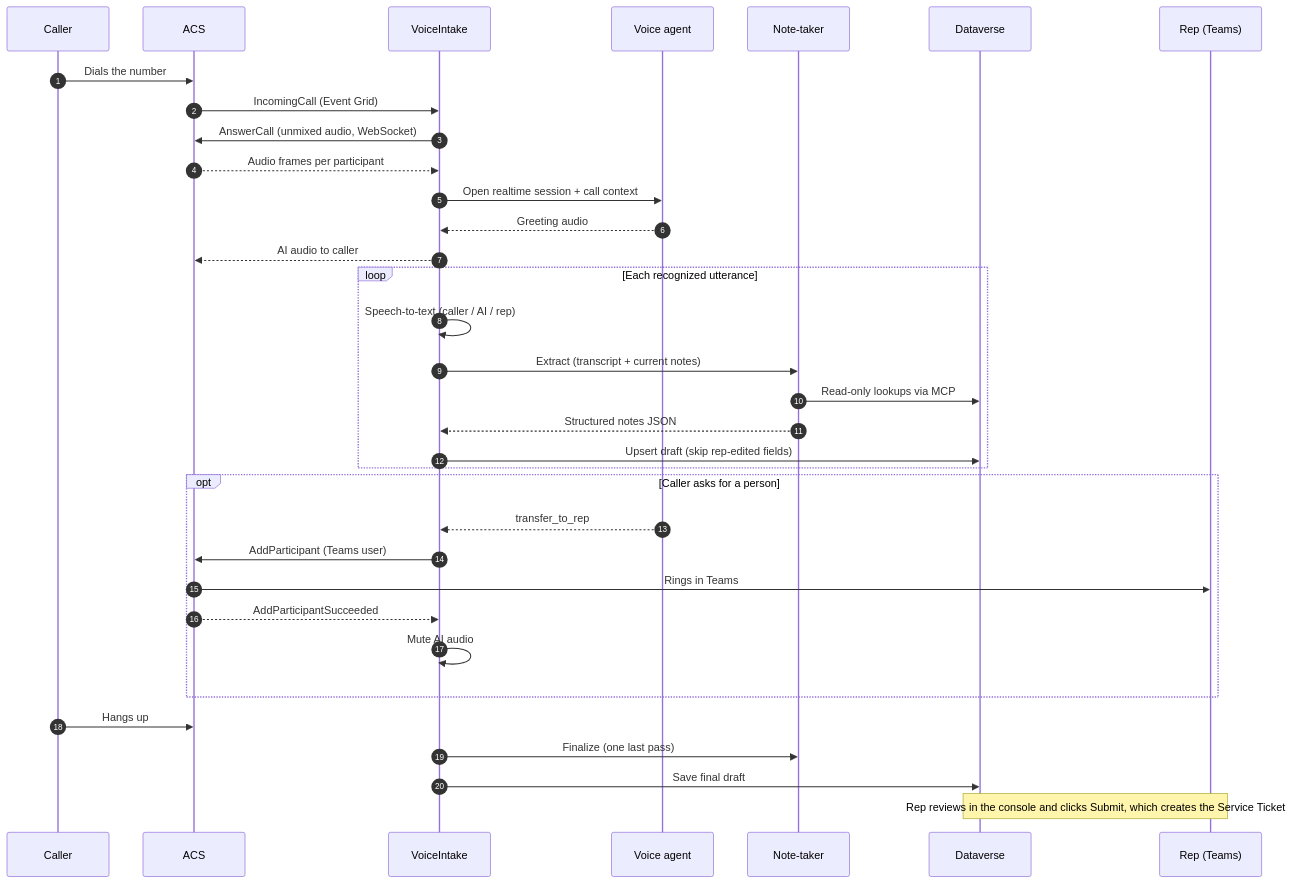
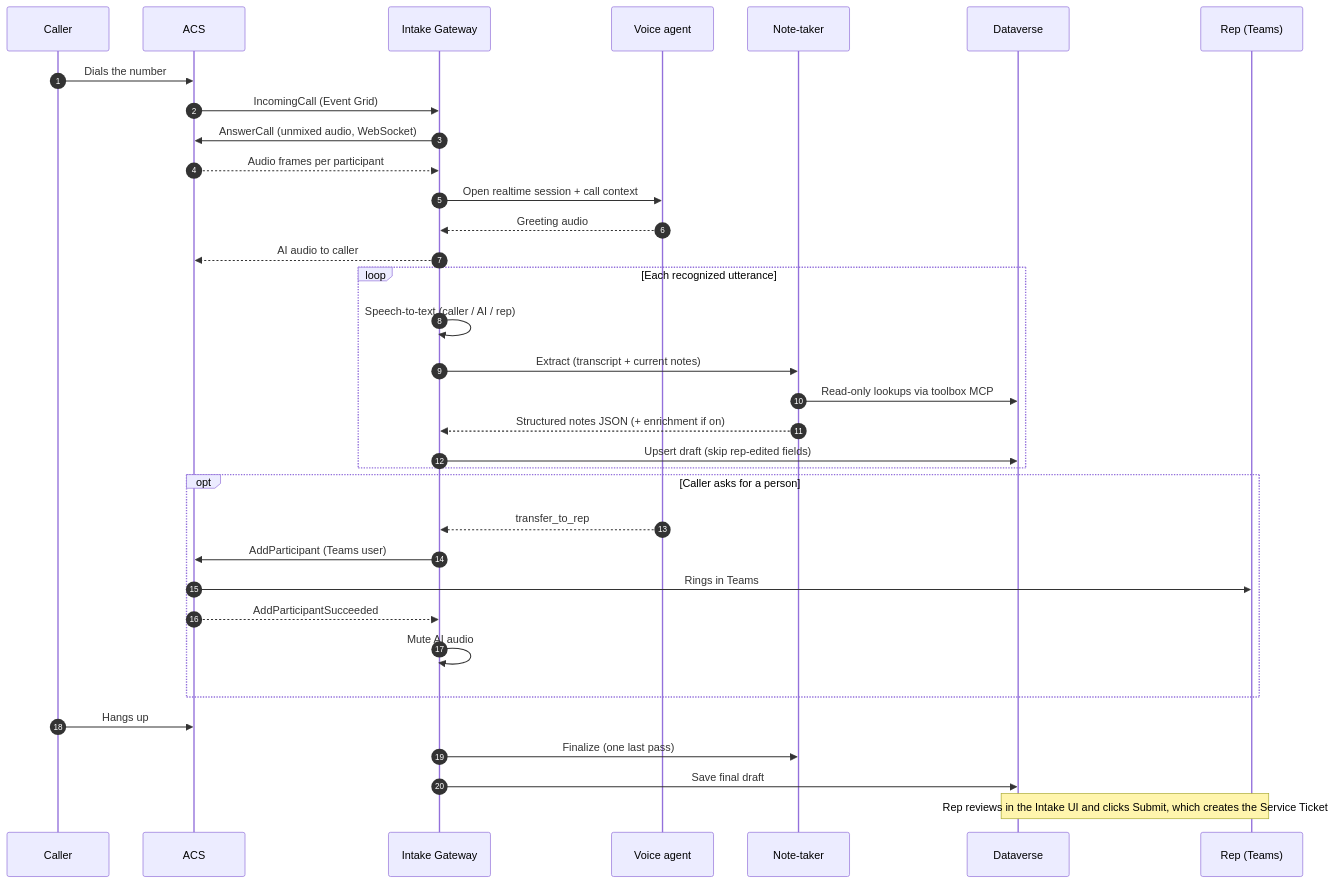
Before and after one commit to jmasengeshomsft/floorworks-live-intake: the fourth of 4 diagrams in docs/02-architecture.md, drawn with Mermaid. The commit also changed other lines of this file and 22 other files, not shown here.

Commit message:
Gateway draft store, configurable Dataverse schema, standard account/incident profile

````diff
--- a/docs/02-architecture.md
+++ b/docs/02-architecture.md
@@ -151,37 +173,37 @@
 ```mermaid
 sequenceDiagram
     autonumber
     participant C as Caller
     participant A as ACS
-    participant V as VoiceIntake
+    participant G as Intake Gateway
     participant R as Voice agent
     participant N as Note-taker
     participant D as Dataverse
     participant T as Rep (Teams)
 
     C->>A: Dials the number
-    A->>V: IncomingCall (Event Grid)
-    V->>A: AnswerCall (unmixed audio, WebSocket)
-    A-->>V: Audio frames per participant
-    V->>R: Open realtime session + call context
-    R-->>V: Greeting audio
-    V-->>A: AI audio to caller
+    A->>G: IncomingCall (Event Grid)
+    G->>A: AnswerCall (unmixed audio, WebSocket)
+    A-->>G: Audio frames per participant
+    G->>R: Open realtime session + call context
+    R-->>G: Greeting audio
+    G-->>A: AI audio to caller
     loop Each recognized utterance
-        V->>V: Speech-to-text (caller / AI / rep)
-        V->>N: Extract (transcript + current notes)
-        N->>D: Read-only lookups via MCP
-        N-->>V: Structured notes JSON
-        V->>D: Upsert draft (skip rep-edited fields)
+        G->>G: Speech-to-text (caller / AI / rep)
+        G->>N: Extract (transcript + current notes)
+        N->>D: Read-only lookups via toolbox MCP
+        N-->>G: Structured notes JSON (+ enrichment if on)
+        G->>D: Upsert draft (skip rep-edited fields)
     end
     opt Caller asks for a person
-        R-->>V: transfer_to_rep
-        V->>A: AddParticipant (Teams user)
+        R-->>G: transfer_to_rep
+        G->>A: AddParticipant (Teams user)
         A->>T: Rings in Teams
-        A-->>V: AddParticipantSucceeded
-        V->>V: Mute AI audio
+        A-->>G: AddParticipantSucceeded
+        G->>G: Mute AI audio
     end
     C->>A: Hangs up
-    V->>N: Finalize (one last pass)
-    V->>D: Save final draft
-    Note over D,T: Rep reviews in the console and clicks Submit, which creates the Service Ticket
+    G->>N: Finalize (one last pass)
+    G->>D: Save final draft
+    Note over D,T: Rep reviews in the Intake UI and clicks Submit, which creates the Service Ticket
 ```
````
